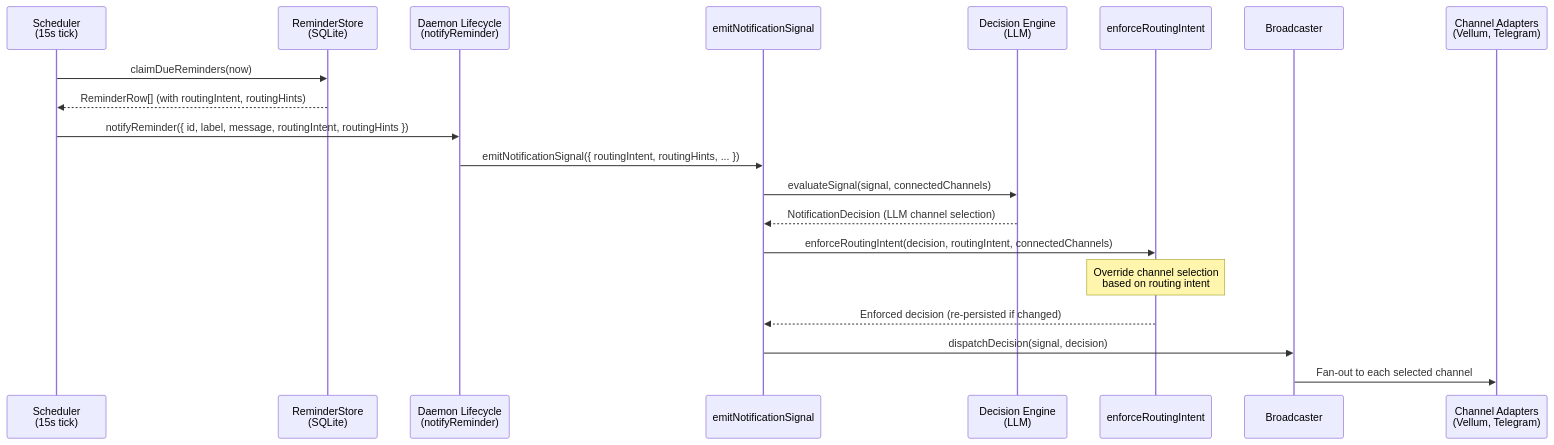
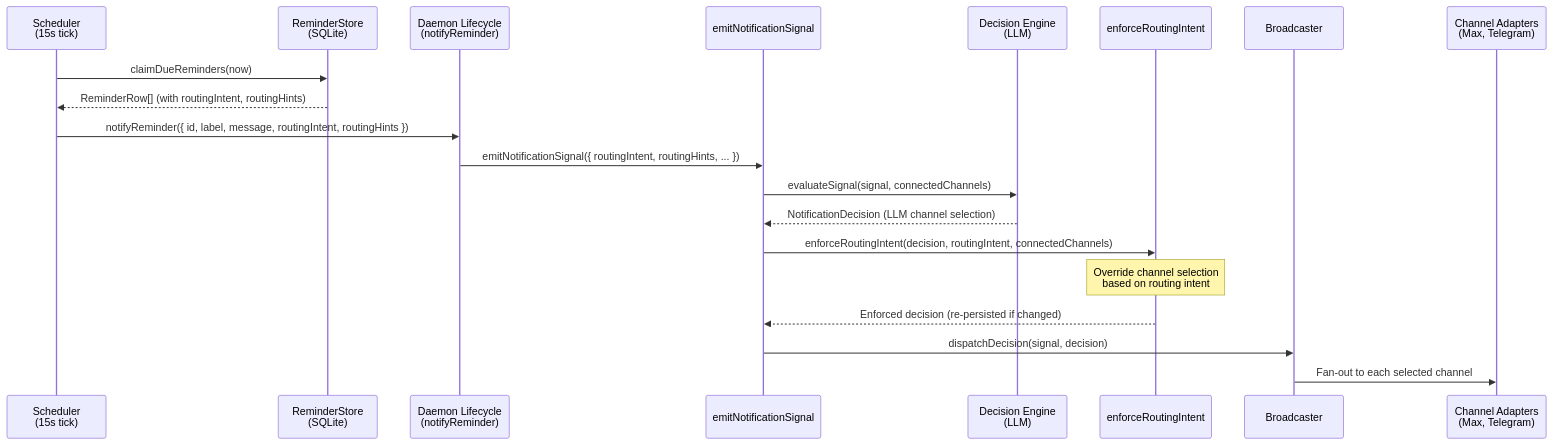
The first of 3 diagrams in assistant/docs/architecture/scheduling.md (yashb98/max), drawn with Mermaid before and after one commit. The commit also changed other lines of this file and 2502 other files, not shown here.

````diff
--- a/assistant/docs/architecture/scheduling.md
+++ b/assistant/docs/architecture/scheduling.md
@@ -63,23 +63,23 @@
 ```mermaid
 sequenceDiagram
     participant Scheduler as Scheduler<br/>(15s tick)
     participant Store as ReminderStore<br/>(SQLite)
     participant Lifecycle as Daemon Lifecycle<br/>(notifyReminder)
     participant Signal as emitNotificationSignal
     participant Engine as Decision Engine<br/>(LLM)
     participant Enforce as enforceRoutingIntent
     participant Broadcaster as Broadcaster
-    participant Adapters as Channel Adapters<br/>(Vellum, Telegram)
+    participant Adapters as Channel Adapters<br/>(Max, Telegram)
 
     Scheduler->>Store: claimDueReminders(now)
     Store-->>Scheduler: ReminderRow[] (with routingIntent, routingHints)
     Scheduler->>Lifecycle: notifyReminder({ id, label, message, routingIntent, routingHints })
     Lifecycle->>Signal: emitNotificationSignal({ routingIntent, routingHints, ... })
     Signal->>Engine: evaluateSignal(signal, connectedChannels)
     Engine-->>Signal: NotificationDecision (LLM channel selection)
     Signal->>Enforce: enforceRoutingIntent(decision, routingIntent, connectedChannels)
     Note over Enforce: Override channel selection<br/>based on routing intent
     Enforce-->>Signal: Enforced decision (re-persisted if changed)
     Signal->>Broadcaster: dispatchDecision(signal, decision)
     Broadcaster->>Adapters: Fan-out to each selected channel
 ```
````
